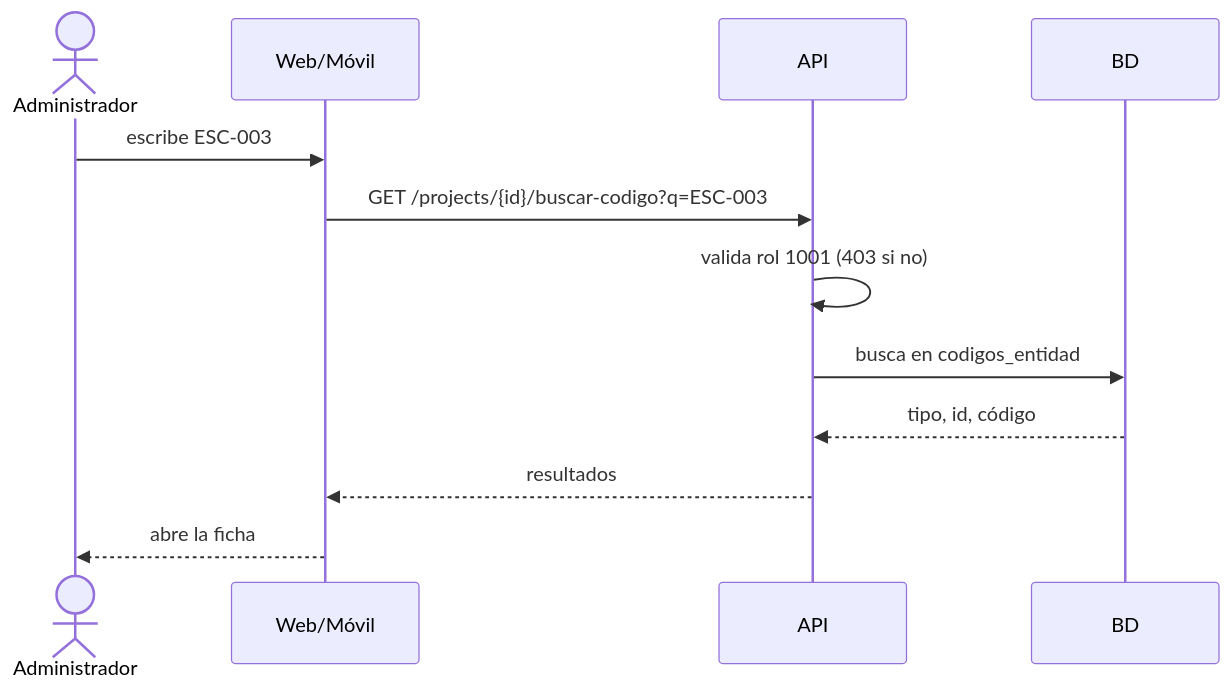
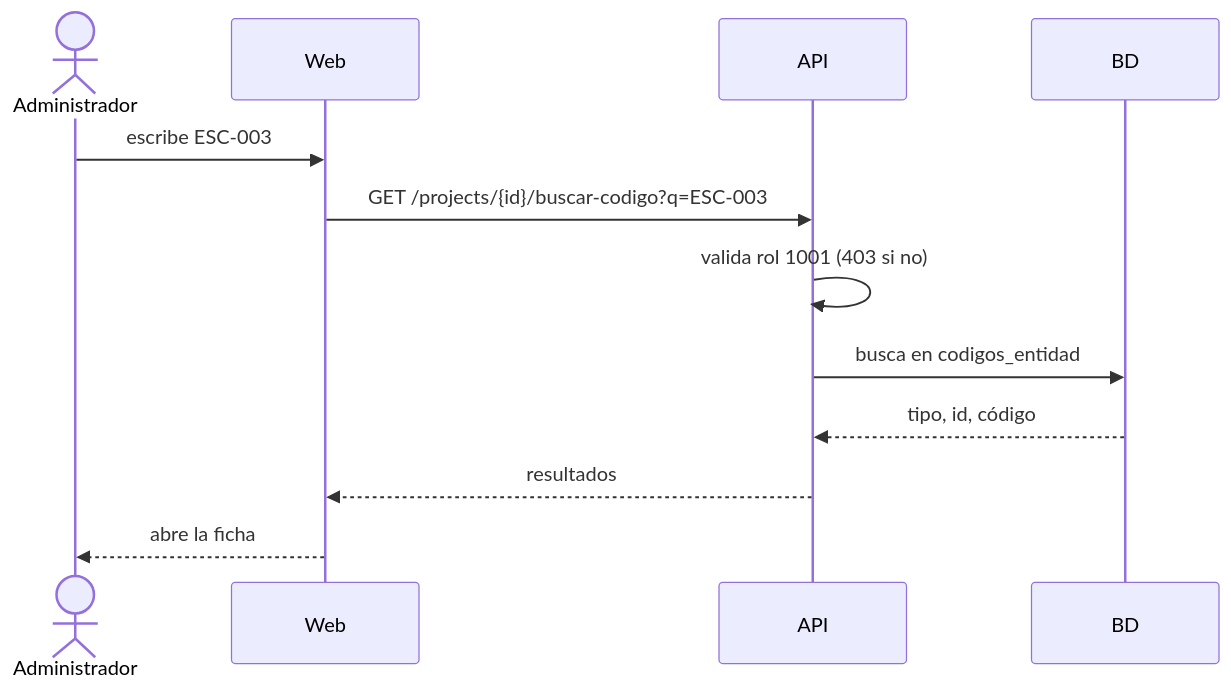
Before and after one commit to Aerxs666/FOCCUS-RF: the fifth of 5 diagrams in diagramas/README.md, drawn with Mermaid. The commit also changed other lines of this file and 11 other files, not shown here.

````diff
--- a/diagramas/README.md
+++ b/diagramas/README.md
@@ -73,14 +73,14 @@
 ```mermaid
 sequenceDiagram
   actor AD as Administrador
-  participant W as Web/Móvil
+  participant W as Web
   participant A as API
   participant D as BD
   AD->>W: escribe ESC-003
   W->>A: GET /projects/{id}/buscar-codigo?q=ESC-003
   A->>A: valida rol 1001 (403 si no)
   A->>D: busca en codigos_entidad
   D-->>A: tipo, id, código
   A-->>W: resultados
   W-->>AD: abre la ficha
 ```
````
